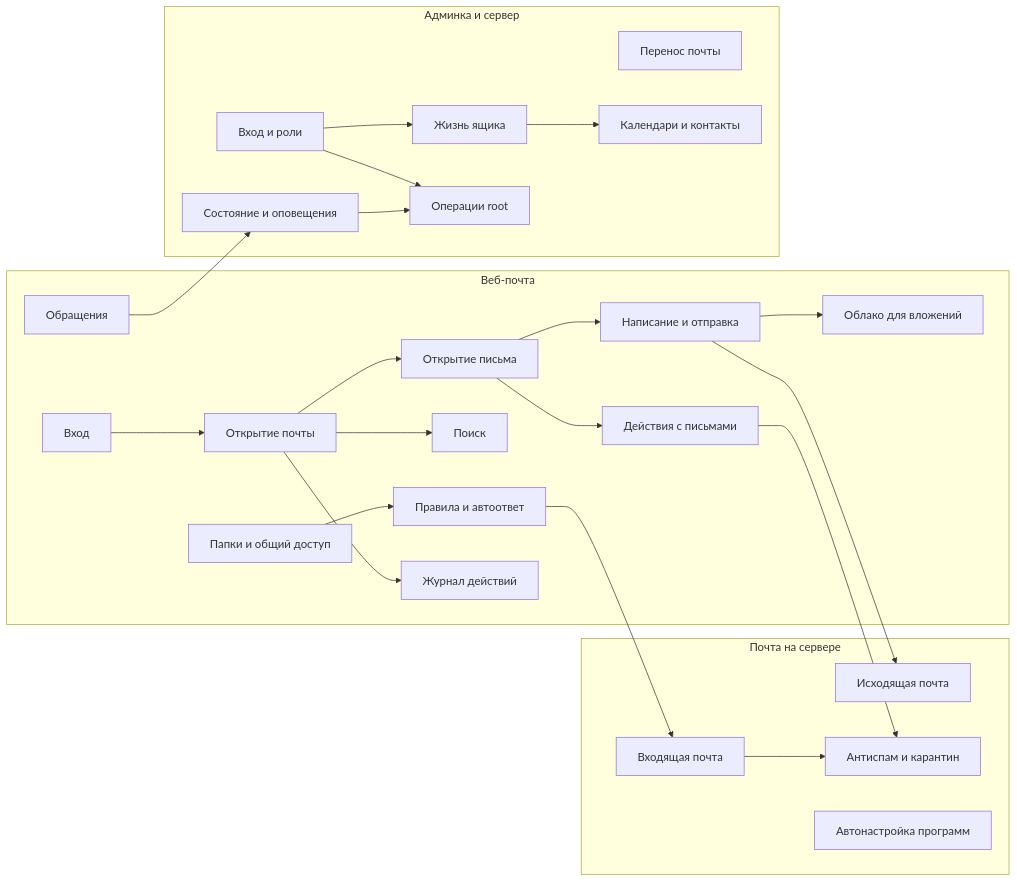
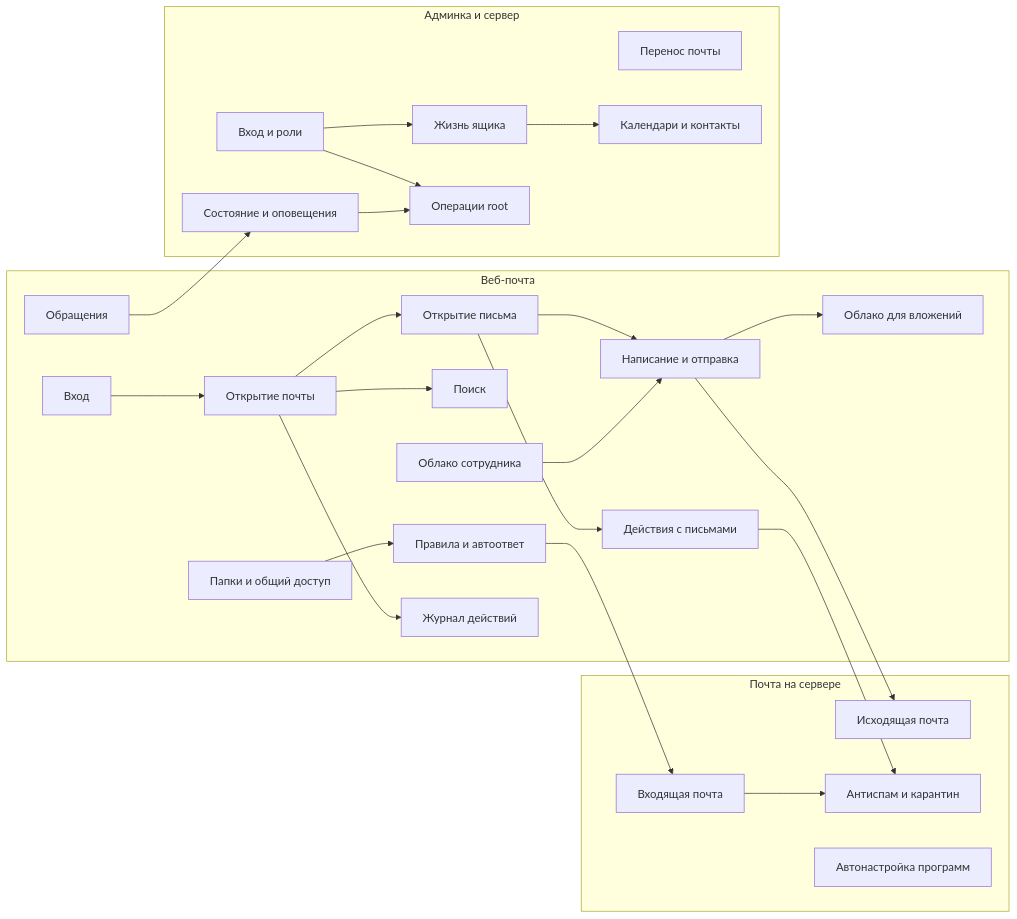
One commit to crowartie/mailadmin changed the diagram in docs/processes/README.md. Above: the diagram before and after it, drawn with Mermaid. The commit also changed other lines of this file and 32 other files, not shown here.

First line of the commit message:
Облако сотрудника: раздел «Облако» в веб-почте поверх Nextcloud

````diff
--- a/docs/processes/README.md
+++ b/docs/processes/README.md
@@ -8,46 +8,48 @@
 ```mermaid
 flowchart LR
     subgraph mail["Почта на сервере"]
         IN["Входящая почта"]
         OUTM["Исходящая почта"]
         AS["Антиспам и карантин"]
         AC["Автонастройка программ"]
     end
     subgraph web["Веб-почта"]
         LG["Вход"]
         MV["Открытие почты"]
         OM["Открытие письма"]
         CS["Написание и отправка"]
         MA["Действия с письмами"]
         SR["Поиск"]
         FS["Папки и общий доступ"]
         RL["Правила и автоответ"]
         CF["Облако для вложений"]
+        PC["Облако сотрудника"]
         FB["Обращения"]
         AL["Журнал действий"]
     end
     subgraph adm["Админка и сервер"]
         AA["Вход и роли"]
         LC["Жизнь ящика"]
         PO["Операции root"]
         AH["Состояние и оповещения"]
         MG["Перенос почты"]
         DV["Календари и контакты"]
     end
     LG --> MV --> OM
     OM --> CS
     OM --> MA
     MV --> SR
     CS --> CF
+    PC --> CS
     CS --> OUTM
     RL --> IN
     FS --> RL
     IN --> AS
     MA --> AS
     LC --> DV
     AA --> LC
     AA --> PO
     AH --> PO
     MV --> AL
     FB --> AH
 ```
````
